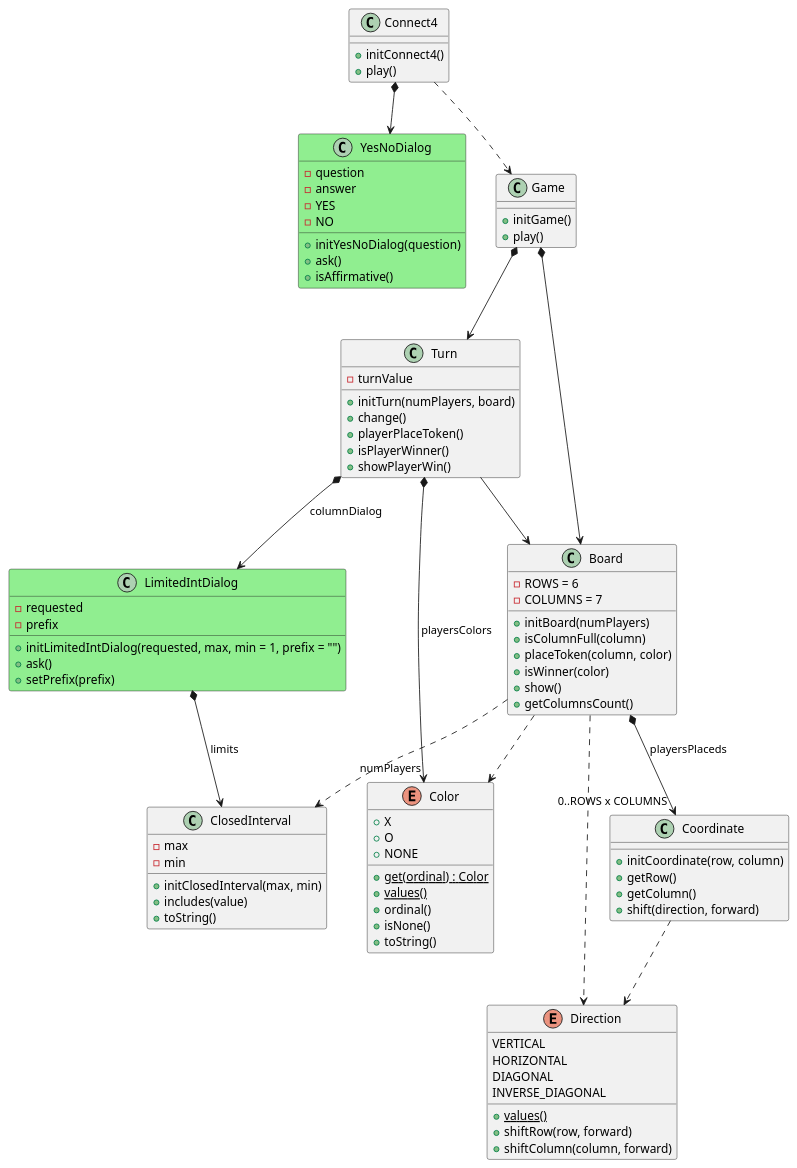
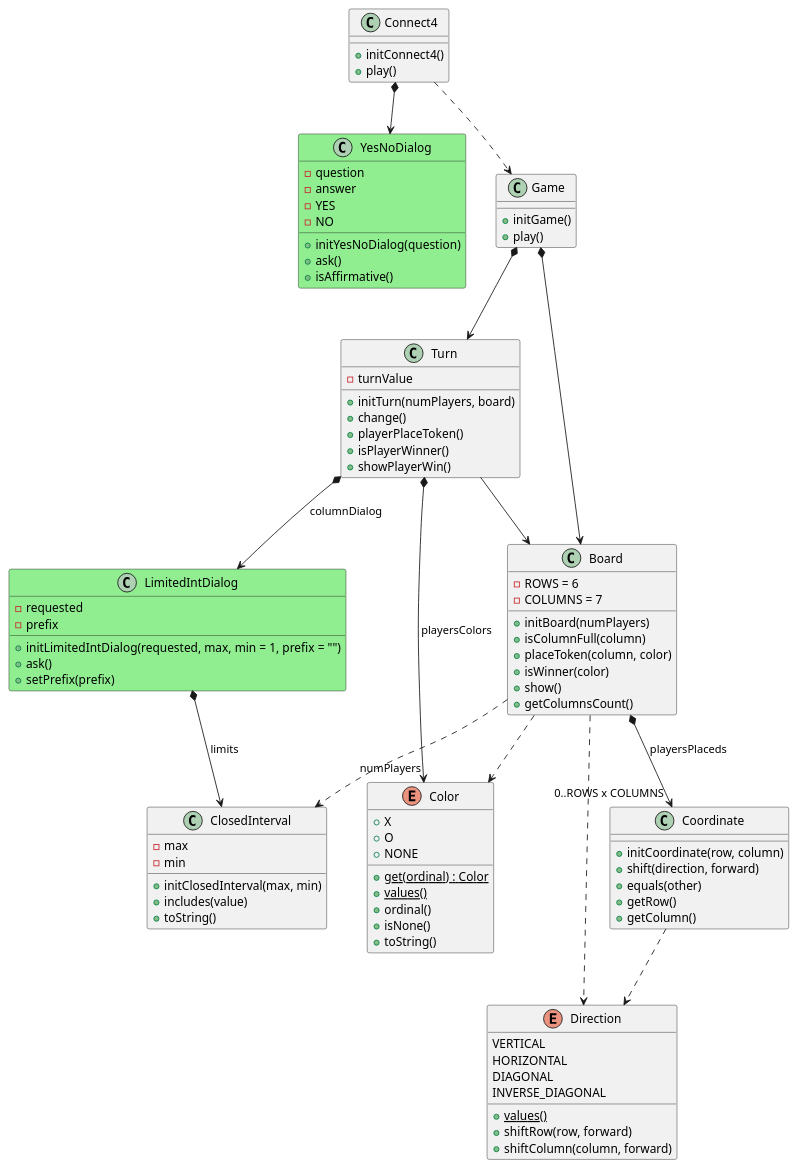
One commit to PabloMartinFluvia/myGame-connect4 changed the diagram in docs/dev-resume/src/analysis.plantuml. Above: the diagram before and after it, drawn with PlantUML. The commit also changed 3 other files, not shown here.

```diff
--- a/docs/dev-resume/src/analysis.plantuml
+++ b/docs/dev-resume/src/analysis.plantuml
@@ -1,111 +1,112 @@
 @startuml analysis
 
 class Connect4 {
 
     + initConnect4()
     + play()
 }
 Connect4 *--> YesNoDialog
 Connect4 ..> Game
 
 class Game {     
 
     + initGame()
     + play()
 }
 Game *--> Turn
 Game *--> Board
 
 class Turn {
     - turnValue
 
     + initTurn(numPlayers, board)    
     + change()      
     + playerPlaceToken()        
     + isPlayerWinner()
     + showPlayerWin()
 }
 Turn *--> "numPlayers" Color : playersColors
 Turn *--> LimitedIntDialog : columnDialog
 Turn --> Board
 
 class Board {
     - ROWS = 6
     - COLUMNS = 7
     
     + initBoard(numPlayers)
     + isColumnFull(column)
     + placeToken(column, color)
     + isWinner(color)
     + show()
     + getColumnsCount()
 }
 Board *--> "0..ROWS x COLUMNS" Coordinate : playersPlaceds
 Board ..> ClosedInterval
 Board ..> Direction
 Board ..> Color
 
 class Coordinate {
     + initCoordinate(row, column)
+    + shift(direction, forward)
+    + equals(other)   
     + getRow()
-    + getColumn()
-    + shift(direction, forward)
+    + getColumn()     
 }
 Coordinate ..> Direction
 
 enum Direction {
     VERTICAL
     HORIZONTAL
     DIAGONAL
     INVERSE_DIAGONAL
 
     + {static} values()
     + shiftRow(row, forward)
     + shiftColumn(column, forward)
 }
 
 enum Color {
     + X
     + O   
     + NONE 
 
     + {static} get(ordinal) : Color  
     + {static} values()  
     + ordinal()
     + isNone()
     + toString()
 }
 
 class YesNoDialog #LightGreen {  
     - question
     - answer   
     - YES
     - NO
 
     + initYesNoDialog(question)
     + ask()
     + isAffirmative()
 }
 
 class LimitedIntDialog #LightGreen {
     - requested
     - prefix
     
 
     + initLimitedIntDialog(requested, max, min = 1, prefix = "") 
     + ask()
     + setPrefix(prefix)
 }
 LimitedIntDialog *--> ClosedInterval : limits
 
 class ClosedInterval {
     - max
     - min
 
     + initClosedInterval(max, min)
     + includes(value)
     + toString()
 }
 
 
 @enduml
```
